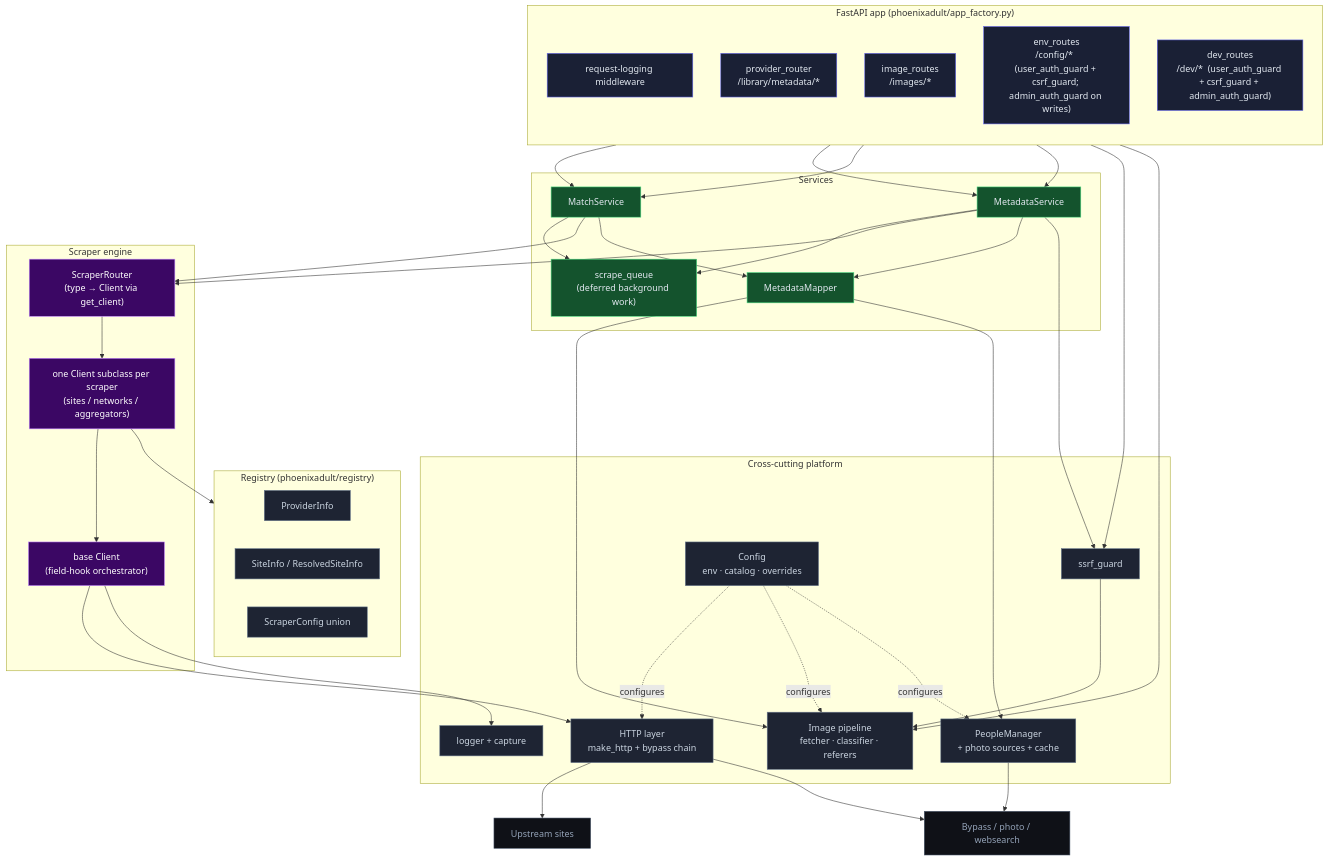
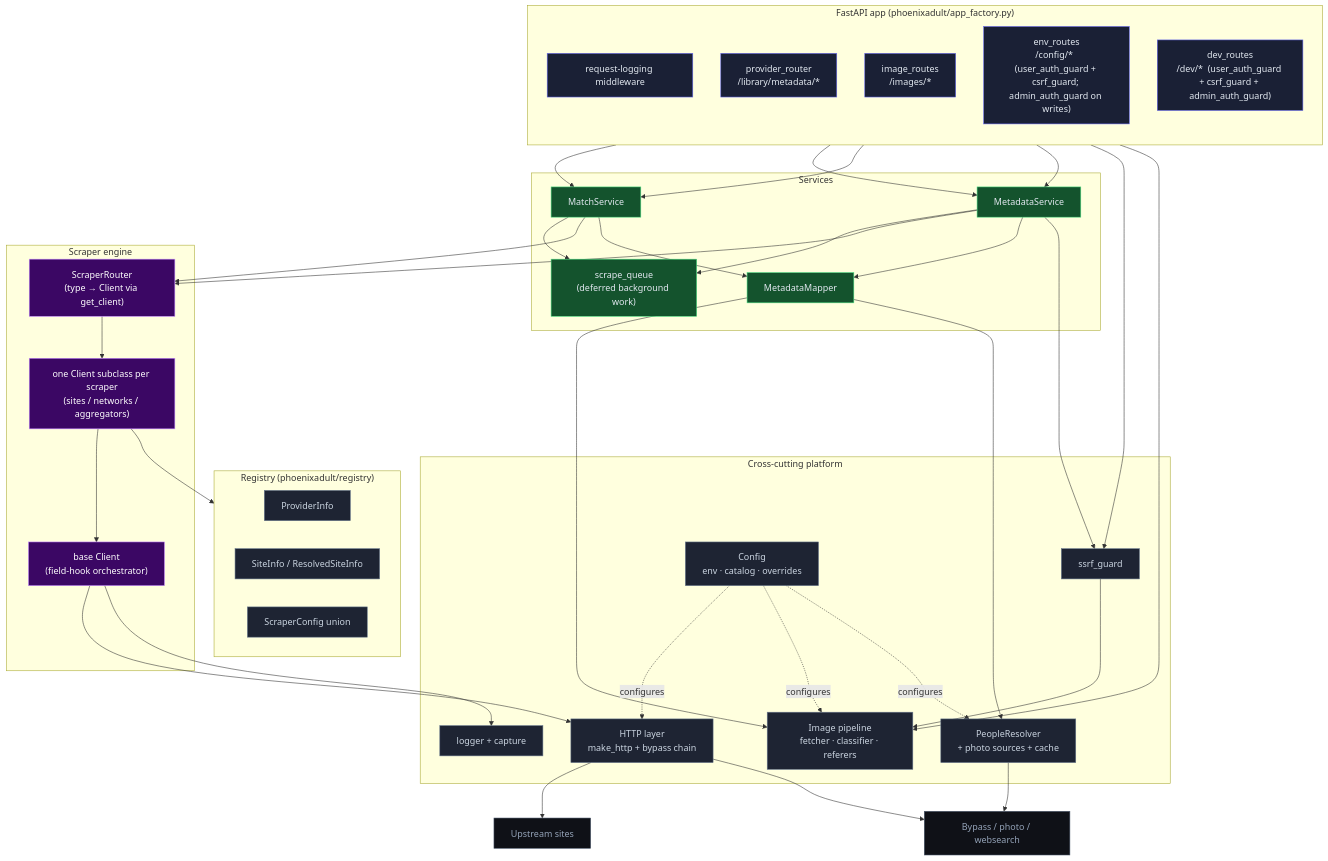
The third of 21 diagrams in docs/DESIGN.md (PhoenixAdultProvider/PhoenixAdult), drawn with Mermaid before and after one commit. The commit also changed other lines of this file and 10 other files, not shown here.

First line of the commit message:
refactor(people): add a scene's cast through one PeopleResolver call

````diff
--- a/docs/DESIGN.md
+++ b/docs/DESIGN.md
@@ -136,72 +136,72 @@
 ```mermaid
 flowchart TB
   classDef r fill:#1a2035,stroke:#6366f1,color:#e2e8f0;
   classDef s fill:#14532d,stroke:#4ade80,color:#e2e8f0;
   classDef c fill:#3b0764,stroke:#c084fc,color:#fff;
   classDef u fill:#1e2433,stroke:#64748b,color:#cbd5e1;
   classDef ext fill:#0f1117,stroke:#475569,color:#94a3b8;
 
   subgraph app["FastAPI app (phoenixadult/app_factory.py)"]
     direction TB
     mw["request-logging middleware"]:::r
     pr["provider_router<br/>/library/metadata/*"]:::r
     ir["image_routes<br/>/images/*"]:::r
     cr["env_routes<br/>/config/*  (user_auth_guard + csrf_guard; admin_auth_guard on writes)"]:::r
     dr["dev_routes<br/>/dev/*  (user_auth_guard + csrf_guard + admin_auth_guard)"]:::r
   end
 
   subgraph svc["Services"]
     ms["MatchService"]:::s
     md["MetadataService"]:::s
     mm["MetadataMapper"]:::s
     sq["scrape_queue<br/>(deferred background work)"]:::s
   end
 
   subgraph scr["Scraper engine"]
     srt["ScraperRouter<br/>(type → Client via get_client)"]:::c
     cli["one Client subclass per scraper<br/>(sites / networks / aggregators)"]:::c
     base["base Client<br/>(field-hook orchestrator)"]:::c
   end
 
   subgraph reg["Registry (phoenixadult/registry)"]
     prov["ProviderInfo"]:::u
     site["SiteInfo / ResolvedSiteInfo"]:::u
     scfg["ScraperConfig union"]:::u
   end
 
   subgraph plat["Cross-cutting platform"]
     http["HTTP layer<br/>make_http + bypass chain"]:::u
     ssrf["ssrf_guard"]:::u
     img["Image pipeline<br/>fetcher · classifier · referers"]:::u
-    ppl["PeopleManager<br/>+ photo sources + cache"]:::u
+    ppl["PeopleResolver<br/>+ photo sources + cache"]:::u
     cfg["Config<br/>env · catalog · overrides"]:::u
     log["logger + capture"]:::u
   end
 
   ext1["Upstream sites"]:::ext
   ext2["Bypass / photo / websearch"]:::ext
 
   pr --> ms & md
   dr --> ms & md
   ms --> sq
   md --> sq
   ms --> srt
   md --> srt
   ms --> mm
   md --> mm
   srt --> cli --> base
   cli --> reg
   base --> http
   ir --> ssrf --> img
   ir --> img
   mm --> img
   mm --> ppl
   md --> ssrf
   http --> ext1
   http --> ext2
   ppl --> ext2
   base --> log
   cfg -. configures .-> http
   cfg -. configures .-> img
   cfg -. configures .-> ppl
 ```
````
